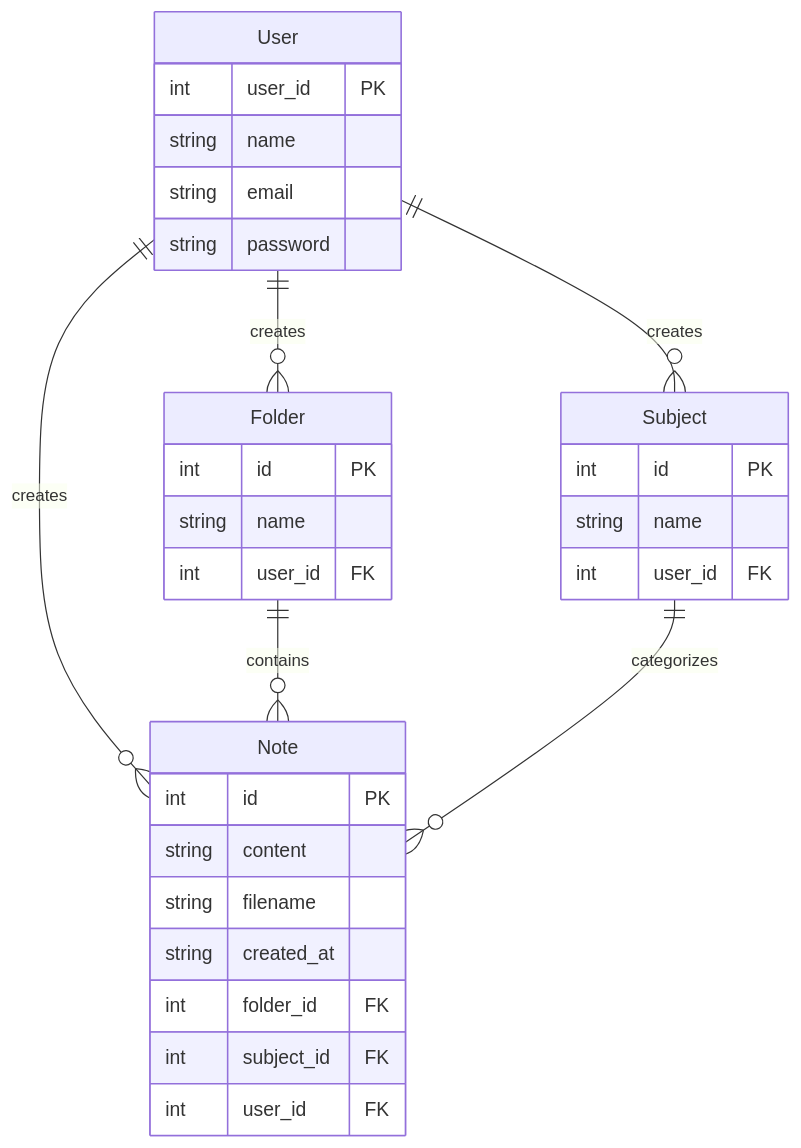
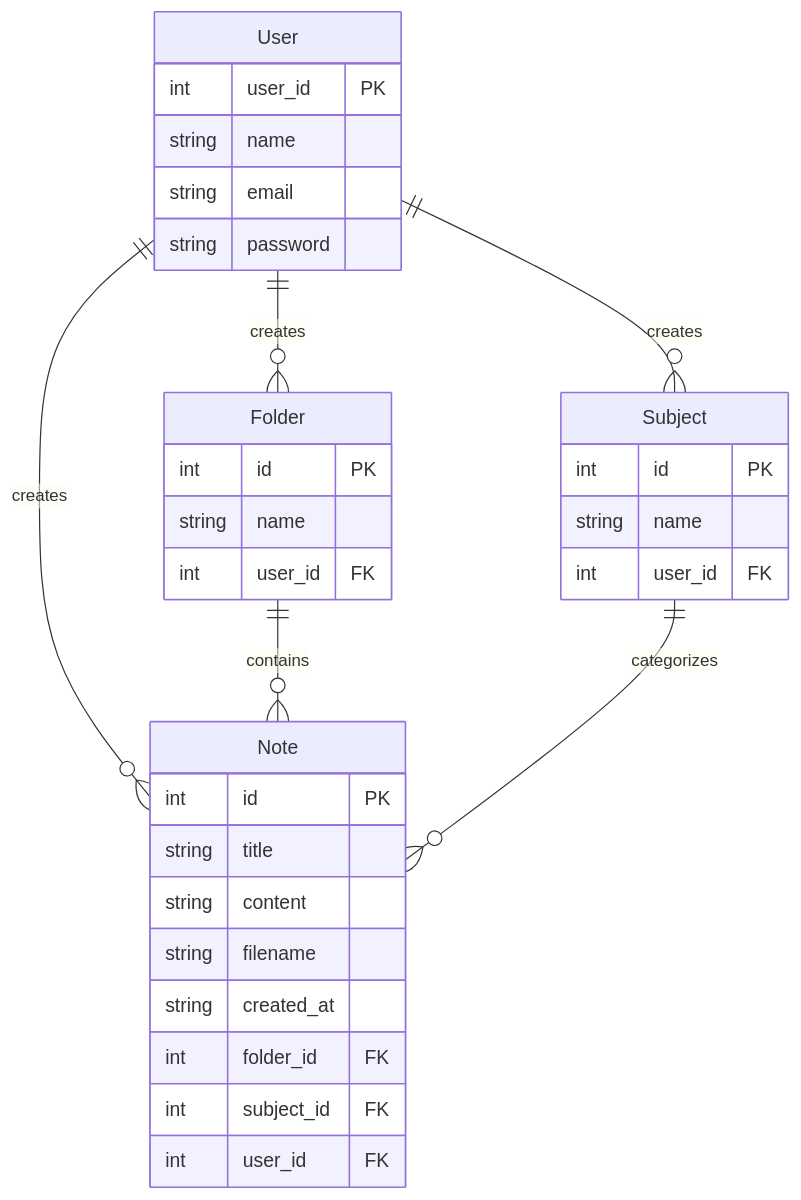
The first of 2 diagrams in notetect_erd.md (jonvicbarcenas/NoteTect), drawn with Mermaid before and after one commit.

Commit message:
docs(project): update notetect ERD Note table

````diff
--- a/notetect_erd.md
+++ b/notetect_erd.md
@@ -87,37 +87,38 @@
 ```mermaid
 erDiagram
     User ||--o{ Folder : creates
     User ||--o{ Subject : creates
     User ||--o{ Note : creates
     Folder ||--o{ Note : contains
     Subject ||--o{ Note : categorizes
 
     User {
         int user_id PK
         string name
         string email
         string password
     }
 
     Folder {
         int id PK
         string name
         int user_id FK
     }
 
     Subject {
         int id PK
         string name
         int user_id FK
     }
 
     Note {
         int id PK
+        string title
         string content
         string filename
         string created_at
         int folder_id FK
         int subject_id FK
         int user_id FK
     }
 ```
````
